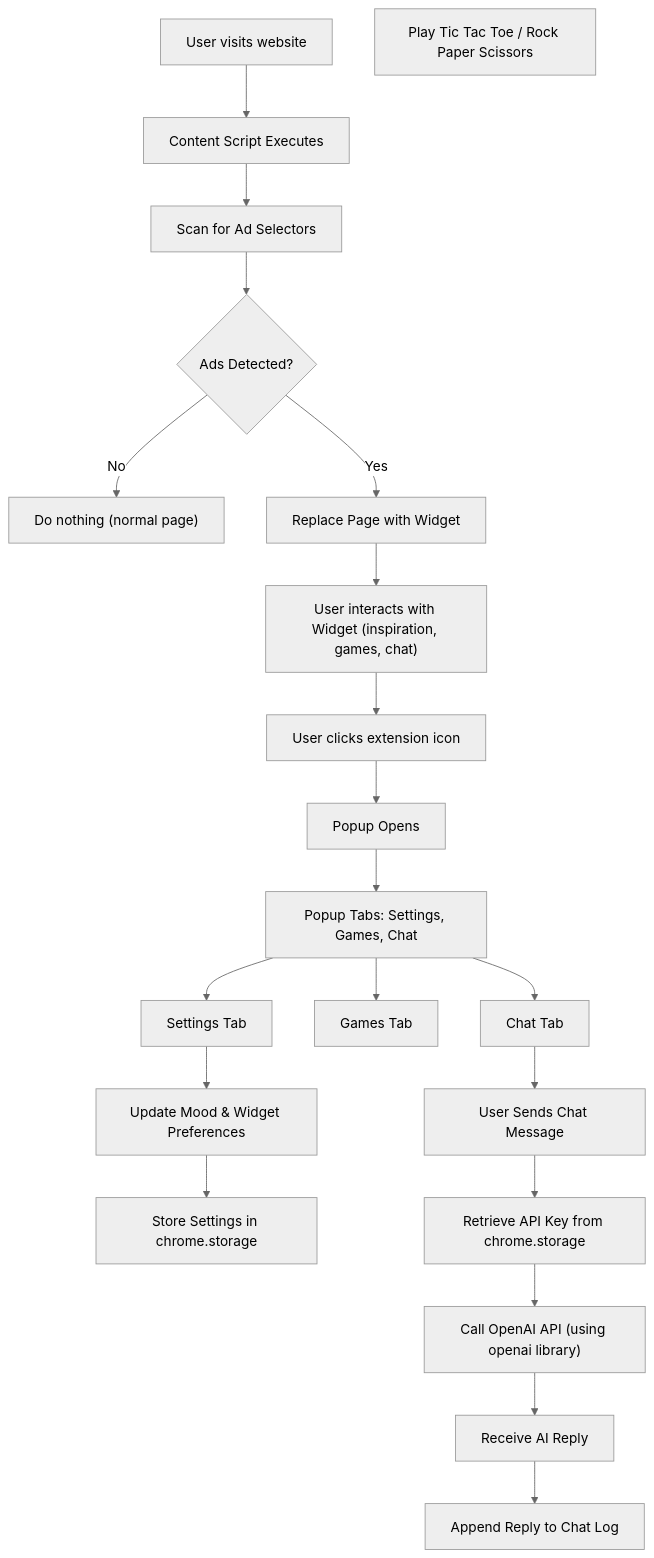
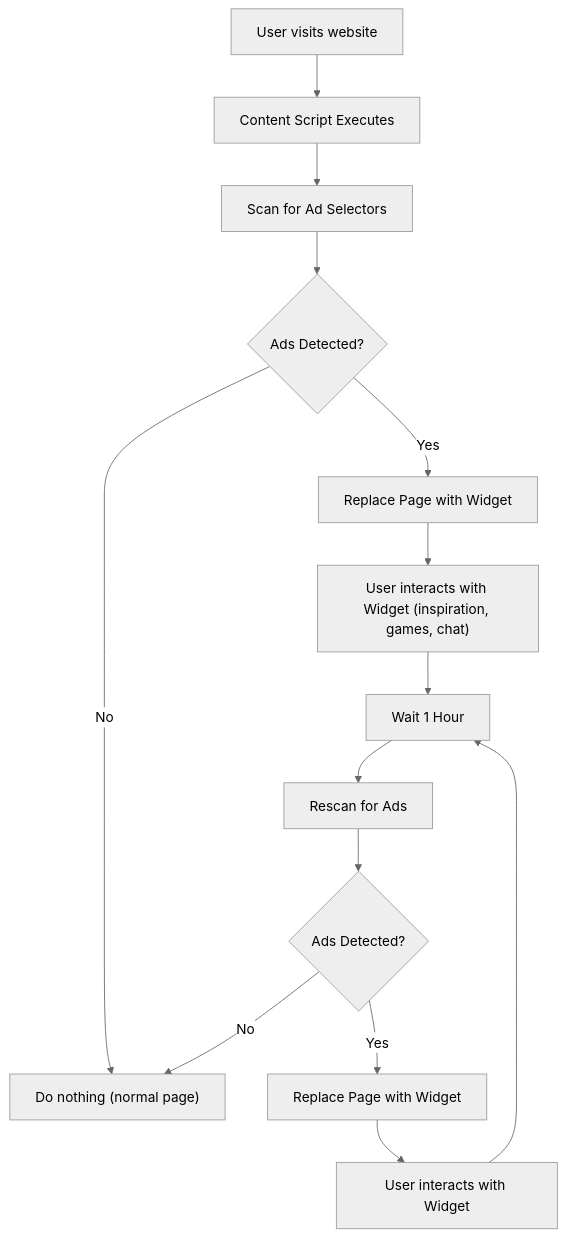
One commit to MuhBashir/adFriend changed the diagram in appFlow.md. Above: the diagram before and after it, drawn with Mermaid (neutral theme). The commit also changed 1 other file, not shown here.

Commit message:
adding some more quotes

````diff
--- a/appFlow.md
+++ b/appFlow.md
@@ -3,45 +3,30 @@
 ```mermaid
-flowchart TD;
-A[User visits website]
-B[Content Script Executes]
-C[Scan for Ad Selectors]
-D{Ads Detected?}
-E["Do nothing (normal page)"]
-F[Replace Page with Widget]
-G["User interacts with Widget (inspiration, games, chat)"]
-H[User clicks extension icon]
-I[Popup Opens]
-J["Popup Tabs: Settings, Games, Chat"]
-K[Settings Tab]
-L["Update Mood & Widget Preferences"]
-M[Store Settings in chrome.storage]
-N[Games Tab]
-O[Play Tic Tac Toe / Rock Paper Scissors]
-P[Chat Tab]
-Q[User Sends Chat Message]
-R[Retrieve API Key from chrome.storage]
-S["Call OpenAI API (using openai library)"]
-T[Receive AI Reply]
-U[Append Reply to Chat Log]
+flowchart TD
+  A[User visits website]
+  B[Content Script Executes]
+  C[Scan for Ad Selectors]
+  D{Ads Detected?}
+  E["Do nothing (normal page)"]
+  F[Replace Page with Widget]
+  G["User interacts with Widget (inspiration, games, chat)"]
+  H["Wait 1 Hour"]
+  I["Rescan for Ads"]
+  J{Ads Detected?}
+  K[Replace Page with Widget]
+  L["User interacts with Widget"]
 
-    A --> B
-    B --> C
-    C --> D
-    D -- No --> E
-    D -- Yes --> F
-    F --> G
-    G --> H
-    H --> I
-    I --> J
-    J --> K
-    J --> N
-    J --> P
-    K --> L
-    L --> M
-    P --> Q
-    Q --> R
-    R --> S
-    S --> T
-    T --> U
+  A --> B
+  B --> C
+  C --> D
+  D -- No --> E
+  D -- Yes --> F
+  F --> G
+  G --> H
+  H --> I
+  I --> J
+  J -- Yes --> K
+  J -- No --> E
+  K --> L
+  L --> H
 
 ```
````
